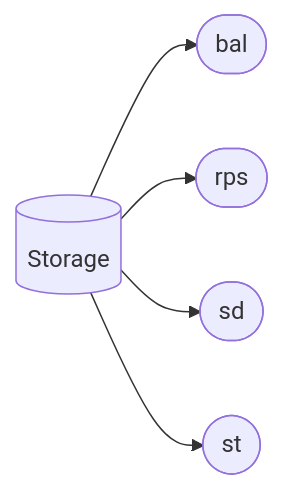
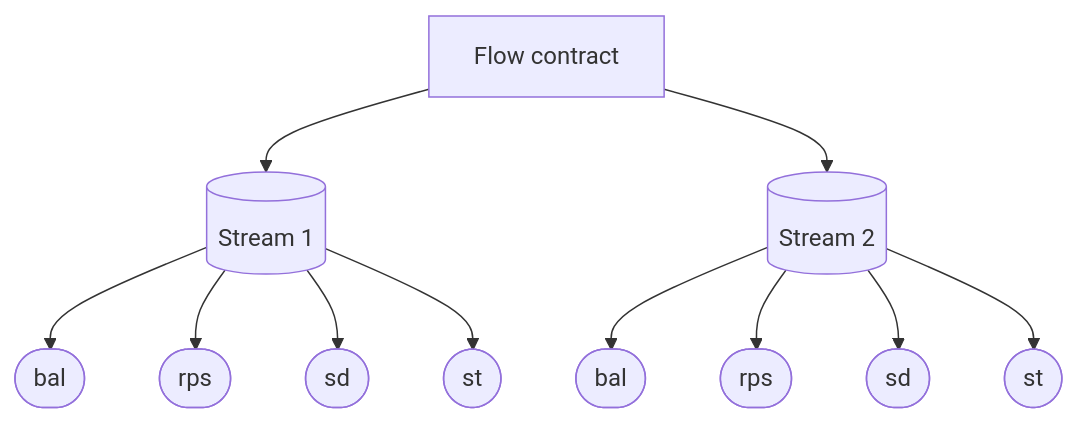
The first of 9 diagrams in docs/reference/flow/01-diagrams.md (sablier-labs/docs), drawn with Mermaid before and after one commit. The commit also changed other lines of this file and 7 other files, not shown here.

First line of the commit message:
docs: campaign verification guide and update flow diagram (#226)

````diff
--- a/docs/reference/flow/01-diagrams.md
+++ b/docs/reference/flow/01-diagrams.md
@@ -28,13 +28,26 @@
 ```mermaid
-flowchart LR
-    storage[(Storage)]
-    bal([bal])
-    rps([rps])
-    sd([sd])
-    st([st])
+flowchart TD;
+  F["Flow contract"];
 
-    storage --> bal
-    storage --> rps
-    storage --> sd
-    storage --> st
+  S0[(Stream 1)];
+  b0([bal])
+  r0([rps])
+  sd0([sd])
+  st0([st])
+  F --> S0;
+  S0 --> b0;
+  S0 --> r0;
+  S0 --> sd0;
+  S0 --> st0;
+
+  S1[(Stream 2)];
+  b1([bal])
+  r1([rps])
+  sd1([sd])
+  st1([st])
+  F --> S1;
+  S1 --> b1;
+  S1 --> r1;
+  S1 --> sd1;
+  S1 --> st1;
 ```
````
